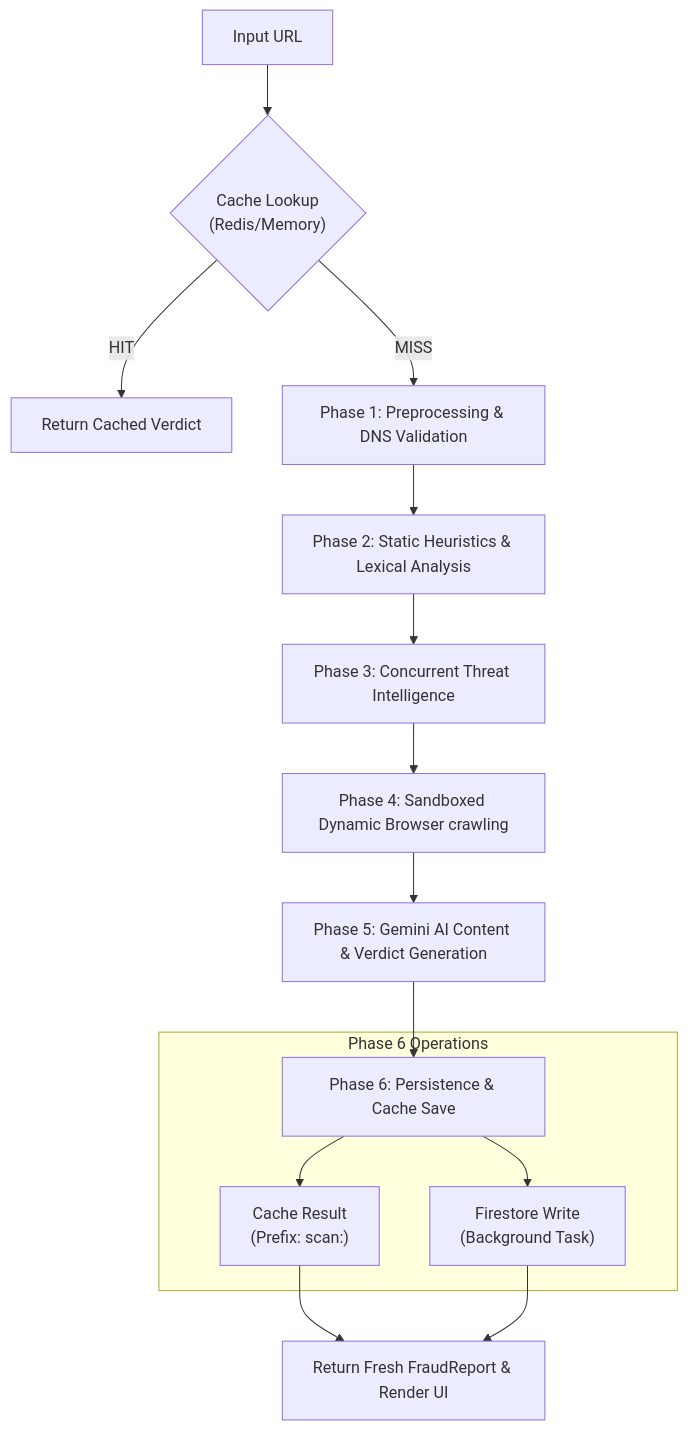
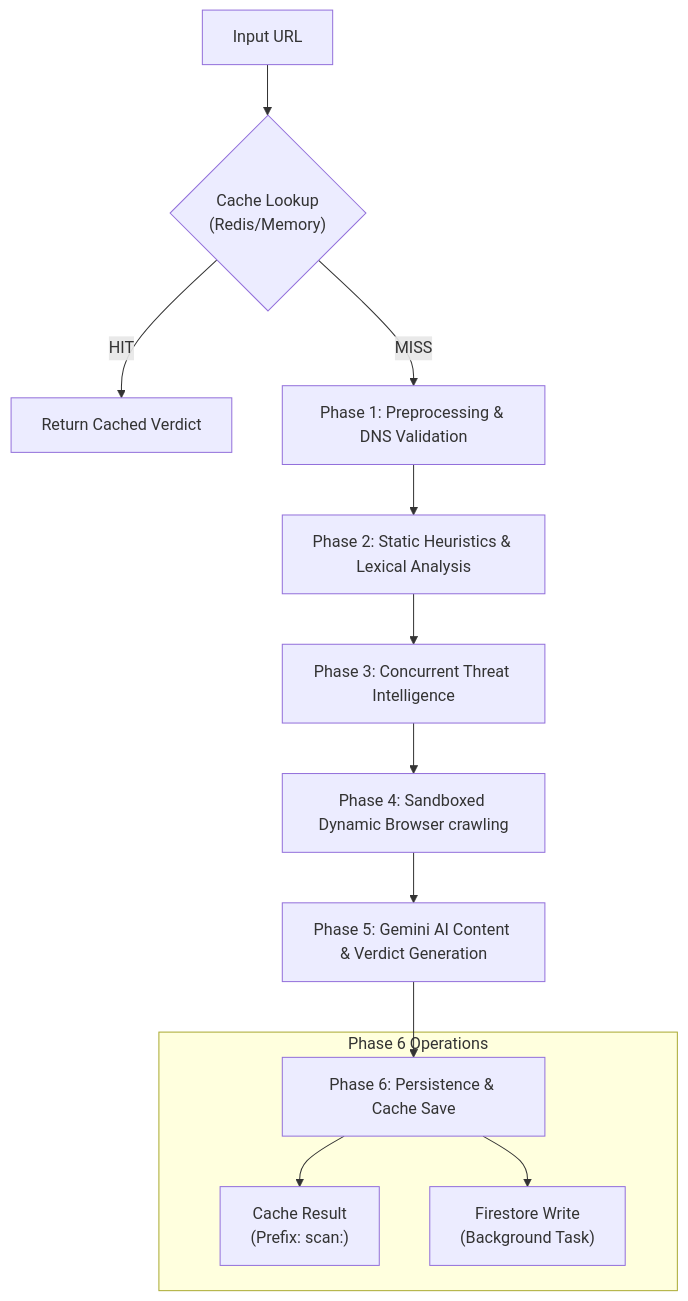
Before and after one commit to lequanganhtuan/AI_agent: the first of 8 diagrams in README.md, drawn with Mermaid. The commit also changed other lines of this file and 3 other files, not shown here.

Commit message:
docs: add sequence diagram, technical steps, and force-pushed phase1, 5, 6 screenshots

````diff
--- a/README.md
+++ b/README.md
@@ -74,19 +74,18 @@
 ```mermaid
 flowchart TD
     A["Input URL"] --> B_Cache{"Cache Lookup<br>(Redis/Memory)"}
     B_Cache -- HIT --> ReturnCached["Return Cached Verdict"]
     
     B_Cache -- MISS --> P1["Phase 1: Preprocessing & DNS Validation"]
     P1 --> P2["Phase 2: Static Heuristics & Lexical Analysis"]
     P2 --> P3["Phase 3: Concurrent Threat Intelligence"]
     P3 --> P4["Phase 4: Sandboxed Dynamic Browser crawling"]
     P4 --> P5["Phase 5: Gemini AI Content & Verdict Generation"]
     
     P5 --> P6["Phase 6: Persistence & Cache Save"]
     subgraph P6_Actions[Phase 6 Operations]
         P6 --> SaveCache["Cache Result<br>(Prefix: scan:)"]
         P6 --> SaveDB["Firestore Write<br>(Background Task)"]
     end
     
-    SaveCache & SaveDB --> ReturnFresh["Return Fresh FraudReport & Render UI"]
 ```
````
